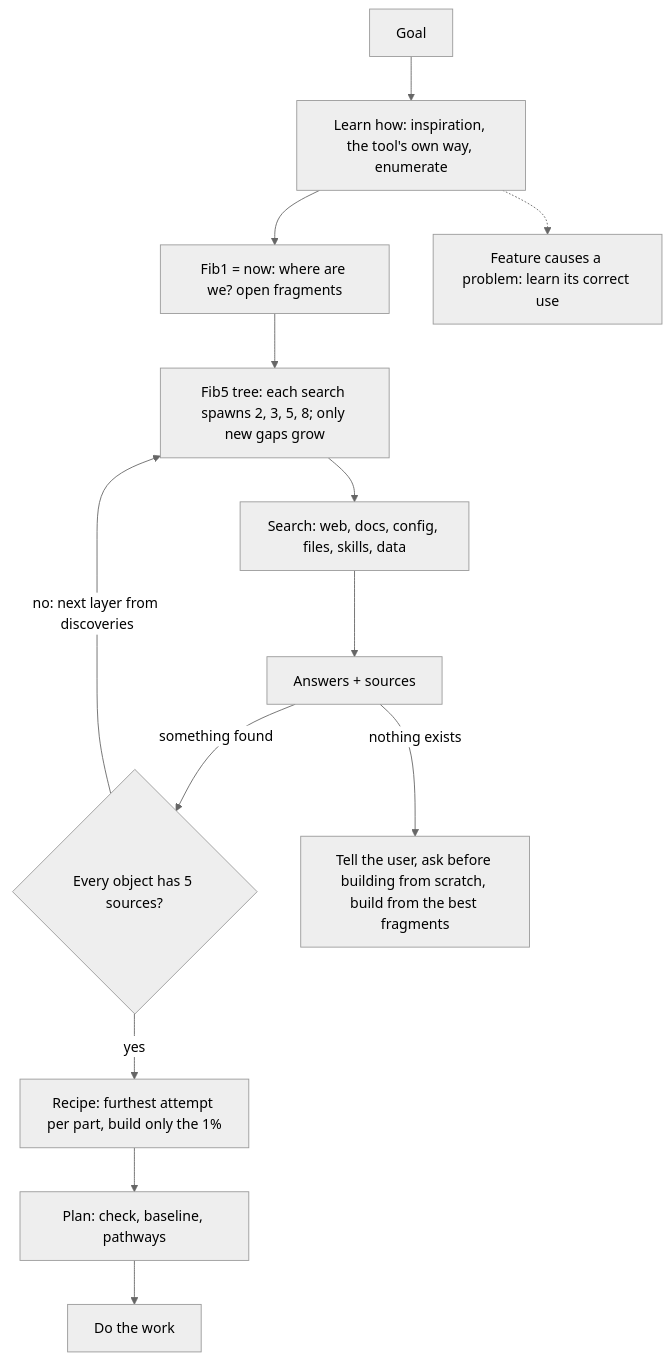
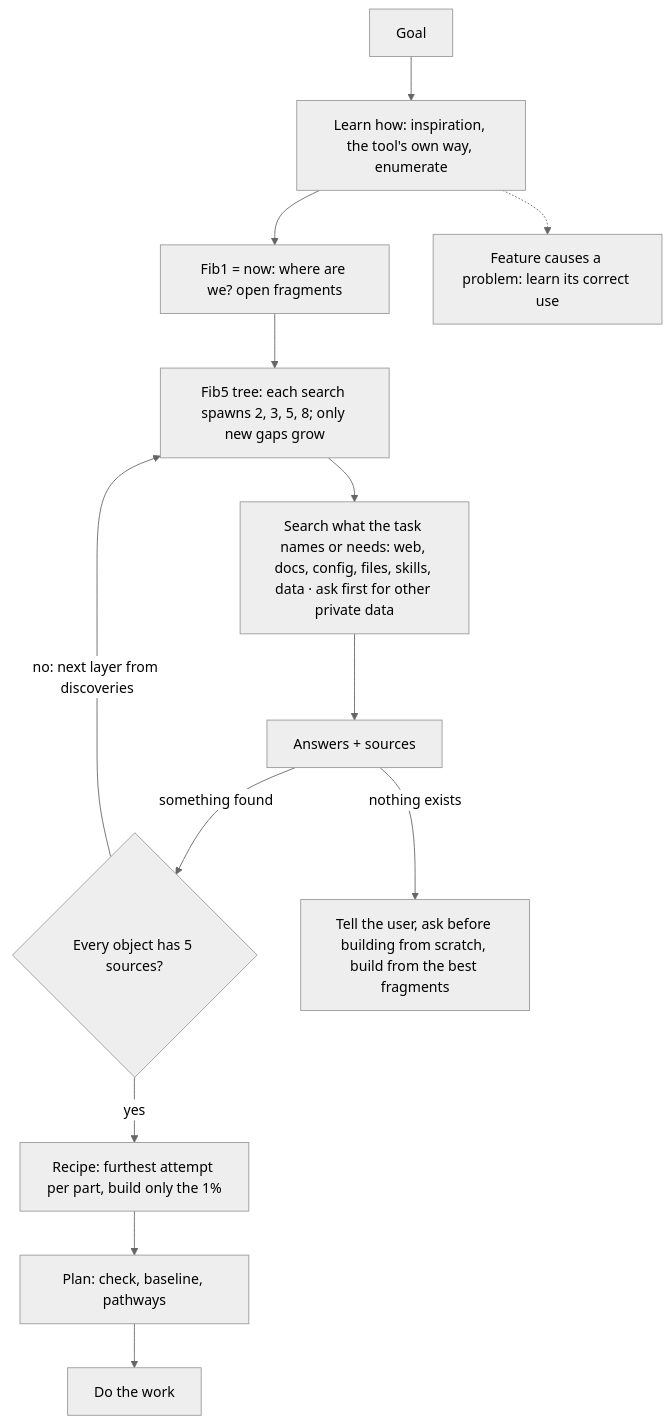
Before and after one commit to SolenixAI/arbiter: the fourth of 14 diagrams in AGENTS.md, drawn with Mermaid (neutral theme). The commit also changed other lines of this file, not shown here.

First line of the commit message:
fix(agents): ask before private data, installs and one-way doors

````diff
--- a/AGENTS.md
+++ b/AGENTS.md
@@ -154,9 +154,9 @@
 ```mermaid
 flowchart TD
-  G[Goal] --> L[Learn how: inspiration, the tool's own way, enumerate] --> F1["Fib1 = now: where are we? open fragments"] --> Q["Fib5 tree: each search spawns 2, 3, 5, 8; only new gaps grow"] --> S[Search: web, docs, config, files, skills, data]
+  G[Goal] --> L[Learn how: inspiration, the tool's own way, enumerate] --> F1["Fib1 = now: where are we? open fragments"] --> Q["Fib5 tree: each search spawns 2, 3, 5, 8; only new gaps grow"] --> S[Search what the task names or needs: web, docs, config, files, skills, data · ask first for other private data]
   S --> A[Answers + sources] -->|something found| N{Every object has 5 sources?}
   N -->|no: next layer from discoveries| Q
   N -->|yes| R[Recipe: furthest attempt per part, build only the 1%] --> P[Plan: check, baseline, pathways] --> B[Do the work]
   A -->|nothing exists| U[Tell the user, ask before building from scratch, build from the best fragments]
   L -.-> NB[Feature causes a problem: learn its correct use]
 ```
````
